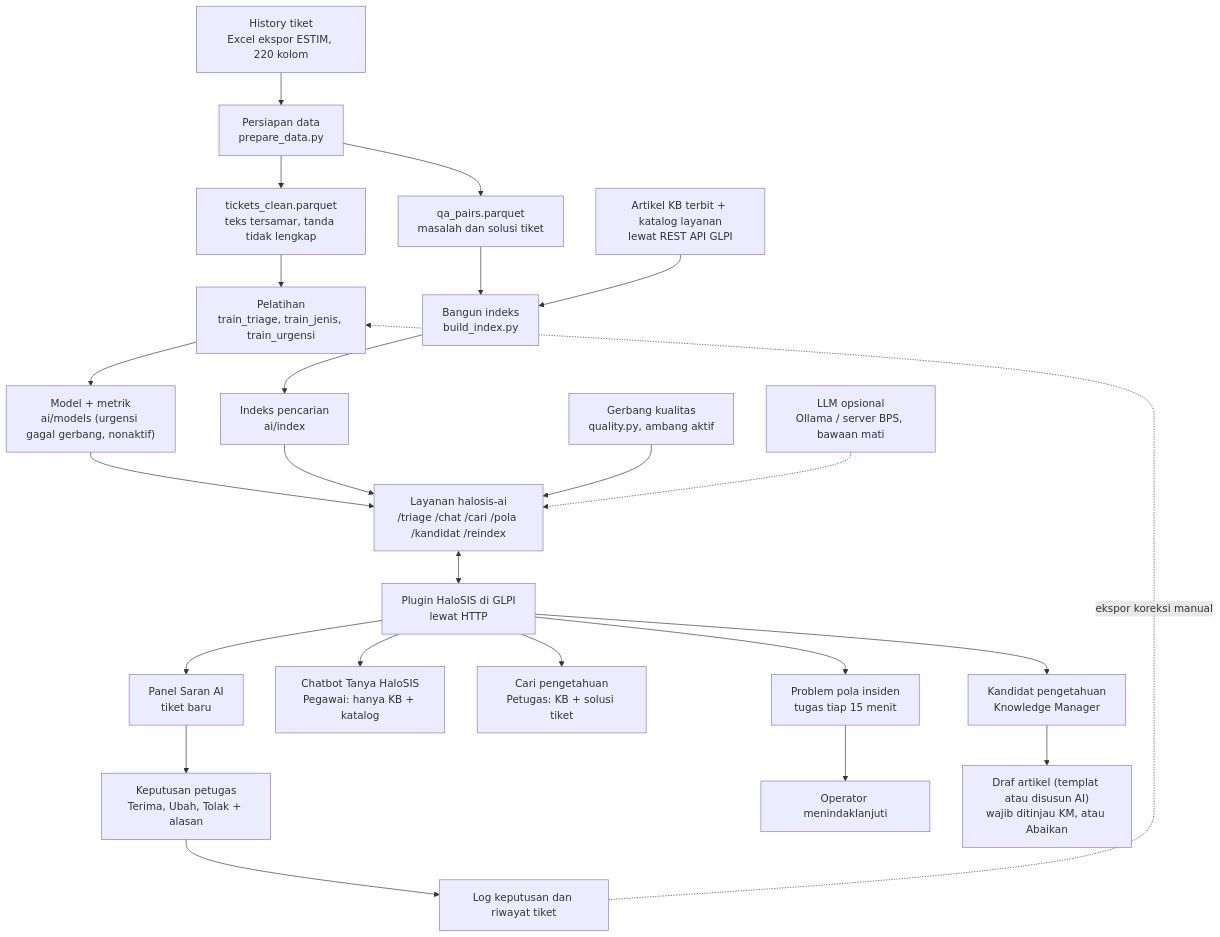
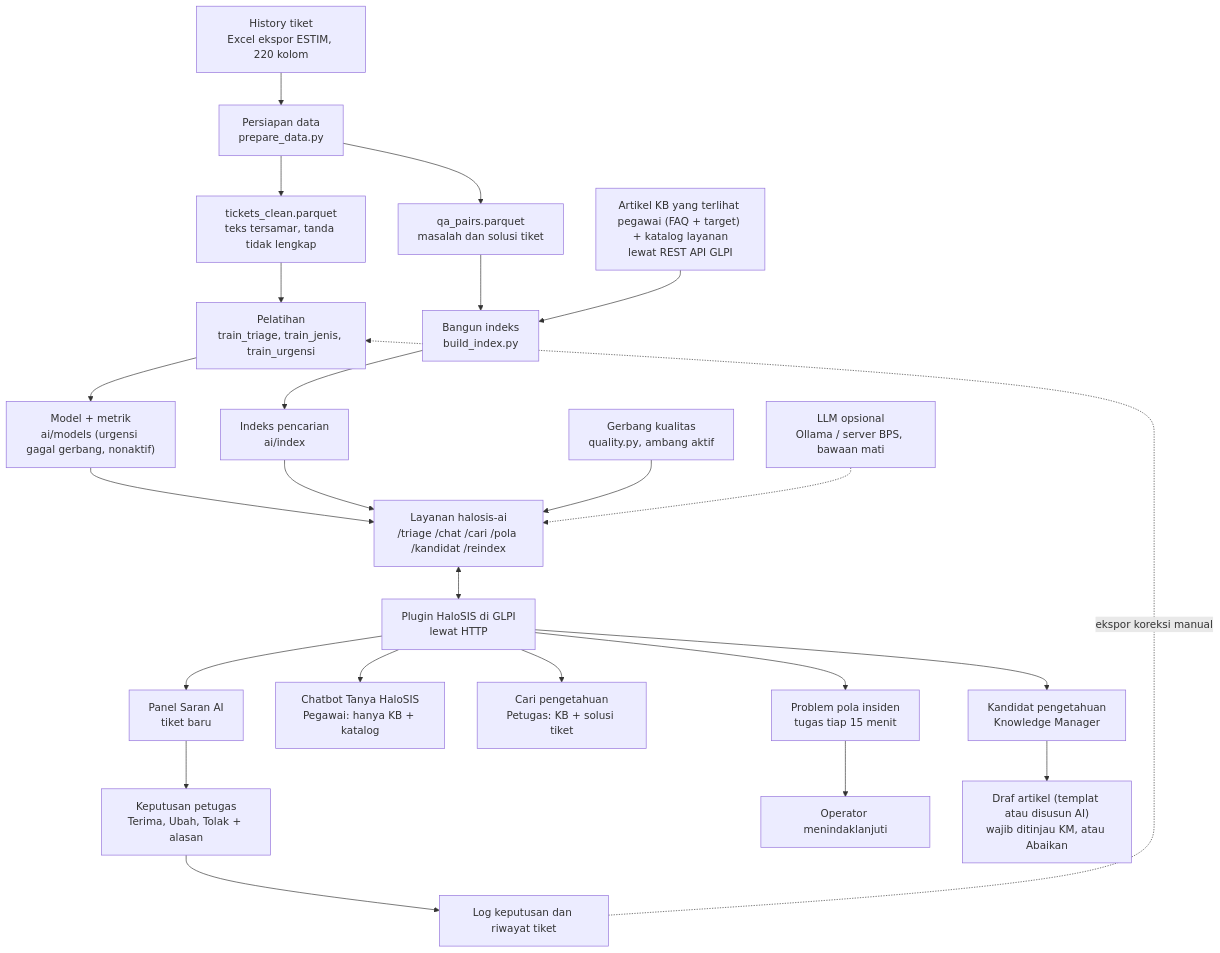
The diagram in reports/dokumentasi_ai.md (dianekapr/glpi-halosis), drawn with Mermaid before and after one commit. The commit also changed other lines of this file and 19 other files, not shown here.

Commit message:
Chat: sumber = artikel terlihat pegawai (FAQ+target), artikel internal hanya /cari; target KB impor

````diff
--- a/reports/dokumentasi_ai.md
+++ b/reports/dokumentasi_ai.md
@@ -28,30 +28,30 @@
 ```mermaid
 flowchart TD
     A["History tiket<br/>Excel ekspor ESTIM, 220 kolom"] --> B["Persiapan data<br/>prepare_data.py"]
     B --> C["tickets_clean.parquet<br/>teks tersamar, tanda tidak lengkap"]
     B --> D["qa_pairs.parquet<br/>masalah dan solusi tiket"]
 
     C --> E["Pelatihan<br/>train_triage, train_jenis, train_urgensi"]
     E --> F["Model + metrik<br/>ai/models (urgensi gagal gerbang, nonaktif)"]
     D --> G["Bangun indeks<br/>build_index.py"]
-    KB["Artikel KB terbit + katalog layanan<br/>lewat REST API GLPI"] --> G
+    KB["Artikel KB yang terlihat pegawai (FAQ + target) + katalog layanan<br/>lewat REST API GLPI"] --> G
     G --> H["Indeks pencarian<br/>ai/index"]
 
     F --> I["Layanan halosis-ai<br/>/triage /chat /cari /pola /kandidat /reindex"]
     H --> I
     Q["Gerbang kualitas<br/>quality.py, ambang aktif"] --> I
     LLM["LLM opsional<br/>Ollama / server BPS, bawaan mati"] -.-> I
 
     I <--> J["Plugin HaloSIS di GLPI<br/>lewat HTTP"]
     J --> K["Panel Saran AI<br/>tiket baru"]
     J --> L["Chatbot Tanya HaloSIS<br/>Pegawai: hanya KB + katalog"]
     J --> M["Cari pengetahuan<br/>Petugas: KB + solusi tiket"]
     J --> N["Problem pola insiden<br/>tugas tiap 15 menit"]
     J --> O["Kandidat pengetahuan<br/>Knowledge Manager"]
 
     K --> P["Keputusan petugas<br/>Terima, Ubah, Tolak + alasan"]
     N --> P2["Operator menindaklanjuti"]
     O --> P3["Draf artikel (templat atau disusun AI)<br/>wajib ditinjau KM, atau Abaikan"]
     P --> R["Log keputusan dan riwayat tiket"]
     R -. "ekspor koreksi manual" .-> E
 ```
````
